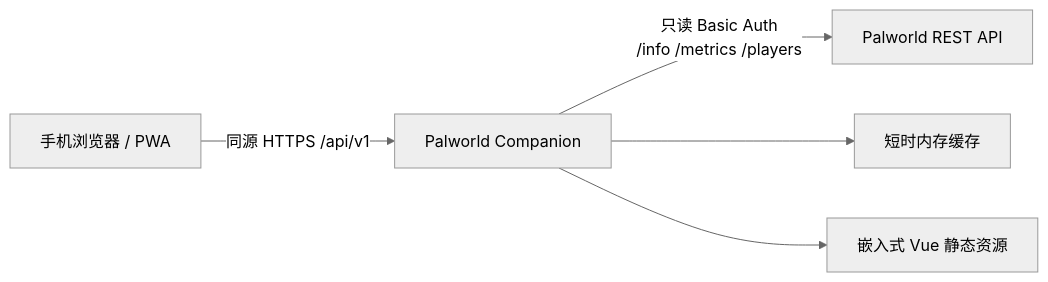
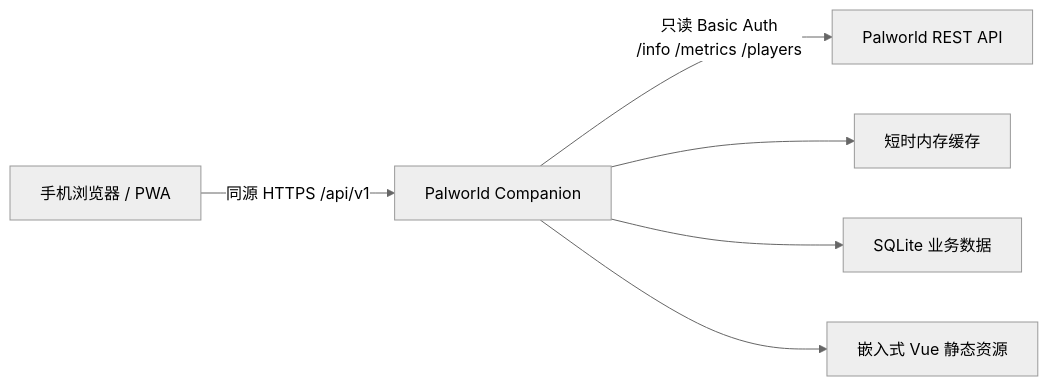
One commit to dlcwshi/palworld-companion changed the diagram in docs/architecture.md. Above: the diagram before and after it, drawn with Mermaid (neutral theme). The commit also changed other lines of this file and 10 other files, not shown here.

````diff
--- a/docs/architecture.md
+++ b/docs/architecture.md
@@ -5,7 +5,8 @@
 ```mermaid
 flowchart LR
     P["手机浏览器 / PWA"] -->|"同源 HTTPS /api/v1"| C["Palworld Companion"]
     C -->|"只读 Basic Auth<br/>/info /metrics /players"| R["Palworld REST API"]
     C --> M["短时内存缓存"]
+	C --> S["SQLite 业务数据"]
     C --> E["嵌入式 Vue 静态资源"]
 ```
````
